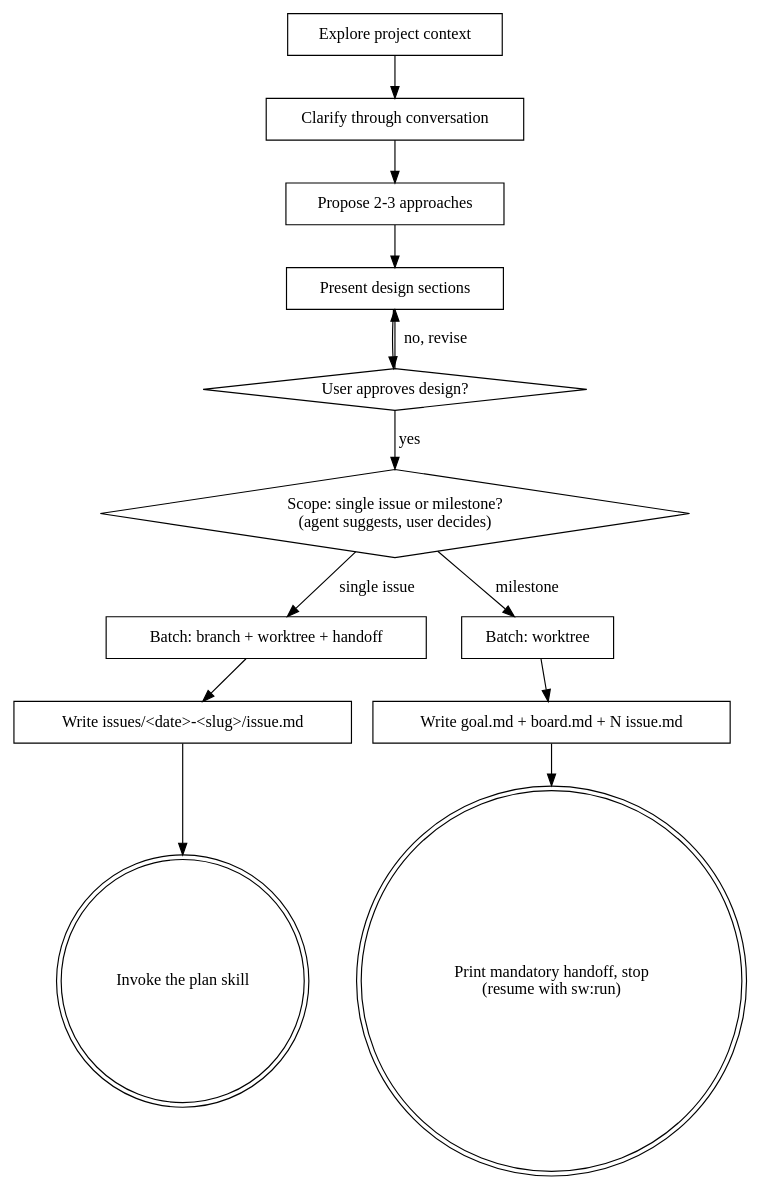
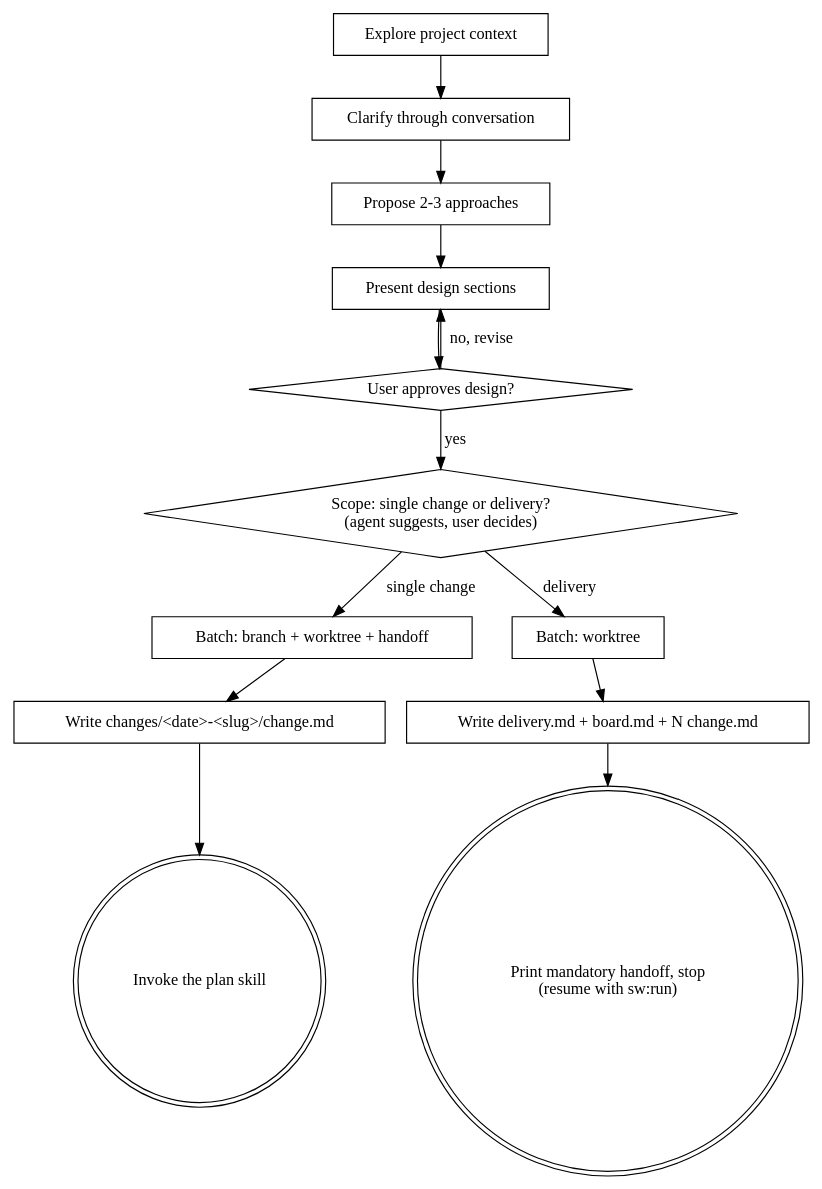
Before and after one commit to ribeirogab/specwright: the diagram in plugins/sw/skills/brainstorm/SKILL.md, drawn with Graphviz. The commit also changed other lines of this file and 7 other files, not shown here.

````diff
--- a/plugins/sw/skills/brainstorm/SKILL.md
+++ b/plugins/sw/skills/brainstorm/SKILL.md
@@ -39,29 +39,29 @@
 ```dot
 digraph brainstorm {
     "Explore project context" [shape=box];
     "Clarify through conversation" [shape=box];
     "Propose 2-3 approaches" [shape=box];
     "Present design sections" [shape=box];
     "User approves design?" [shape=diamond];
-    "Scope: single issue or milestone?\n(agent suggests, user decides)" [shape=diamond];
+    "Scope: single change or delivery?\n(agent suggests, user decides)" [shape=diamond];
     "Batch: branch + worktree + handoff" [shape=box];
-    "Write issues/<date>-<slug>/issue.md" [shape=box];
+    "Write changes/<date>-<slug>/change.md" [shape=box];
     "Invoke the plan skill" [shape=doublecircle];
     "Batch: worktree" [shape=box];
-    "Write goal.md + board.md + N issue.md" [shape=box];
+    "Write delivery.md + board.md + N change.md" [shape=box];
     "Print mandatory handoff, stop\n(resume with sw:run)" [shape=doublecircle];
 
     "Explore project context" -> "Clarify through conversation";
     "Clarify through conversation" -> "Propose 2-3 approaches";
     "Propose 2-3 approaches" -> "Present design sections";
     "Present design sections" -> "User approves design?";
     "User approves design?" -> "Present design sections" [label="no, revise"];
-    "User approves design?" -> "Scope: single issue or milestone?\n(agent suggests, user decides)" [label="yes"];
-    "Scope: single issue or milestone?\n(agent suggests, user decides)" -> "Batch: branch + worktree + handoff" [label="single issue"];
-    "Batch: branch + worktree + handoff" -> "Write issues/<date>-<slug>/issue.md";
-    "Write issues/<date>-<slug>/issue.md" -> "Invoke the plan skill";
-    "Scope: single issue or milestone?\n(agent suggests, user decides)" -> "Batch: worktree" [label="milestone"];
-    "Batch: worktree" -> "Write goal.md + board.md + N issue.md";
-    "Write goal.md + board.md + N issue.md" -> "Print mandatory handoff, stop\n(resume with sw:run)";
+    "User approves design?" -> "Scope: single change or delivery?\n(agent suggests, user decides)" [label="yes"];
+    "Scope: single change or delivery?\n(agent suggests, user decides)" -> "Batch: branch + worktree + handoff" [label="single change"];
+    "Batch: branch + worktree + handoff" -> "Write changes/<date>-<slug>/change.md";
+    "Write changes/<date>-<slug>/change.md" -> "Invoke the plan skill";
+    "Scope: single change or delivery?\n(agent suggests, user decides)" -> "Batch: worktree" [label="delivery"];
+    "Batch: worktree" -> "Write delivery.md + board.md + N change.md";
+    "Write delivery.md + board.md + N change.md" -> "Print mandatory handoff, stop\n(resume with sw:run)";
 }
 ```
````
